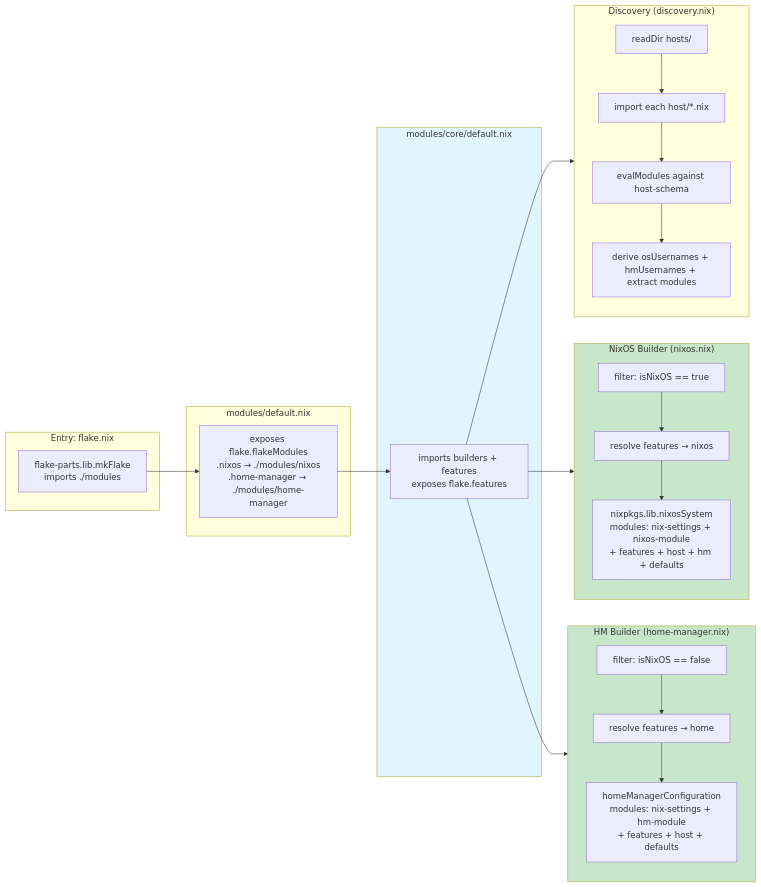
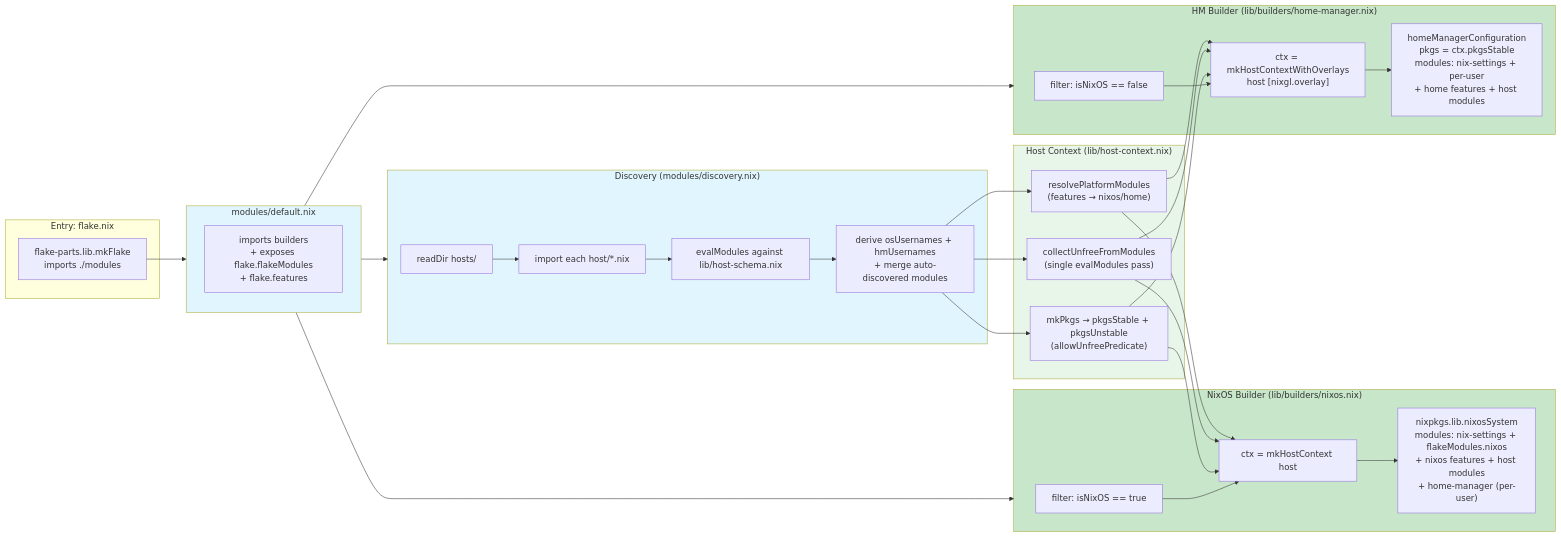
Before and after one commit to WombatFromHell/automatic-palm-tree: the second of 8 diagrams in DESIGN.md, drawn with Mermaid. The commit also changed other lines of this file and 83 other files, not shown here.

````diff
--- a/DESIGN.md
+++ b/DESIGN.md
@@ -85,49 +122,64 @@
 ```mermaid
 flowchart LR
     subgraph E ["Entry: flake.nix"]
         fp["flake-parts.lib.mkFlake\nimports ./modules"]
     end
 
     subgraph M ["modules/default.nix"]
-        fm["exposes flake.flakeModules\n.nixos → ./modules/nixos\n.home-manager → ./modules/home-manager"]
+        mm["imports builders\n+ exposes flake.flakeModules\n+ flake.features"]
     end
 
-    subgraph C ["modules/core/default.nix"]
-        cCore["imports builders + features\nexposes flake.features"]
+    subgraph D ["Discovery (modules/discovery.nix)"]
+        scan["readDir hosts/"]
+        importHost["import each host/*.nix"]
+        validate["evalModules against lib/host-schema.nix"]
+        enrich["derive osUsernames + hmUsernames\n+ merge auto-discovered modules"]
     end
 
-    subgraph D ["Discovery (discovery.nix)"]
-        scan["readDir hosts/"]
-        importHost["import each host/*.nix"]
-        validate["evalModules against host-schema"]
-        enrich["derive osUsernames + hmUsernames + extract modules"]
+    subgraph HC ["Host Context (lib/host-context.nix)"]
+        resolveFeat["resolvePlatformModules\n(features → nixos/home)"]
+        collectU["collectUnfreeFromModules\n(single evalModules pass)"]
+        mkPkgsSet["mkPkgs → pkgsStable + pkgsUnstable\n(allowUnfreePredicate)"]
     end
 
-    subgraph N ["NixOS Builder (nixos.nix)"]
-        filter["filter: isNixOS == true"]
-        resolveN["resolve features → nixos"]
-        buildN["nixpkgs.lib.nixosSystem\nmodules: nix-settings + nixos-module\n+ features + host + hm + defaults"]
+    subgraph N ["NixOS Builder (lib/builders/nixos.nix)"]
+        filterN["filter: isNixOS == true"]
+        mkCtxN["ctx = mkHostContext host"]
+        nixosSys["nixpkgs.lib.nixosSystem\nmodules: nix-settings + flakeModules.nixos\n+ nixos features + host modules\n+ home-manager (per-user)"]
     end
 
-    subgraph H ["HM Builder (home-manager.nix)"]
+    subgraph H ["HM Builder (lib/builders/home-manager.nix)"]
         filterH["filter: isNixOS == false"]
-        resolveH["resolve features → home"]
-        buildH["homeManagerConfiguration\nmodules: nix-settings + hm-module\n+ features + host + defaults"]
+        mkCtxH["ctx = mkHostContextWithOverlays\nhost [nixgl.overlay]"]
+        hmConfig["homeManagerConfiguration\npkgs = ctx.pkgsStable\nmodules: nix-settings + per-user\n+ home features + host modules"]
     end
 
-    fp --> fm
-    fm --> cCore
+    fp --> M
 
-    cCore --> D
-    cCore --> N
-    cCore --> H
+    M --> D
+    M --> N
+    M --> H
 
     scan --> importHost --> validate --> enrich
 
-    filter --> resolveN --> buildN
-    filterH --> resolveH --> buildH
+    enrich --> resolveFeat
+    enrich --> collectU
+    enrich --> mkPkgsSet
 
-    style C fill:#e1f5fe
+    resolveFeat --> mkCtxN
+    collectU --> mkCtxN
+    mkPkgsSet --> mkCtxN
+
+    resolveFeat --> mkCtxH
+    collectU --> mkCtxH
+    mkPkgsSet --> mkCtxH
+
+    filterN --> mkCtxN --> nixosSys
+    filterH --> mkCtxH --> hmConfig
+
+    style M fill:#e1f5fe
+    style D fill:#e1f5fe
+    style HC fill:#e8f5e9
     style N fill:#c8e6c9
     style H fill:#c8e6c9
 ```
````
